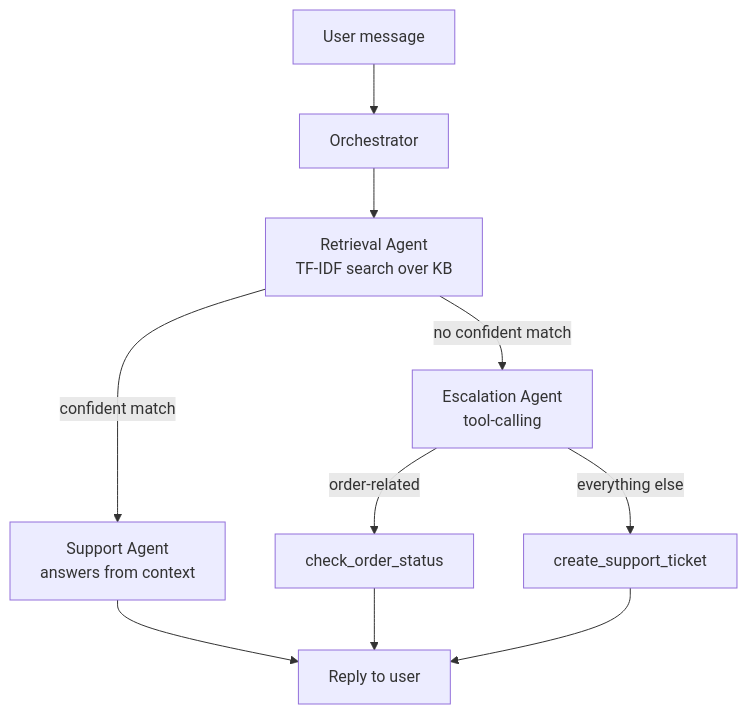
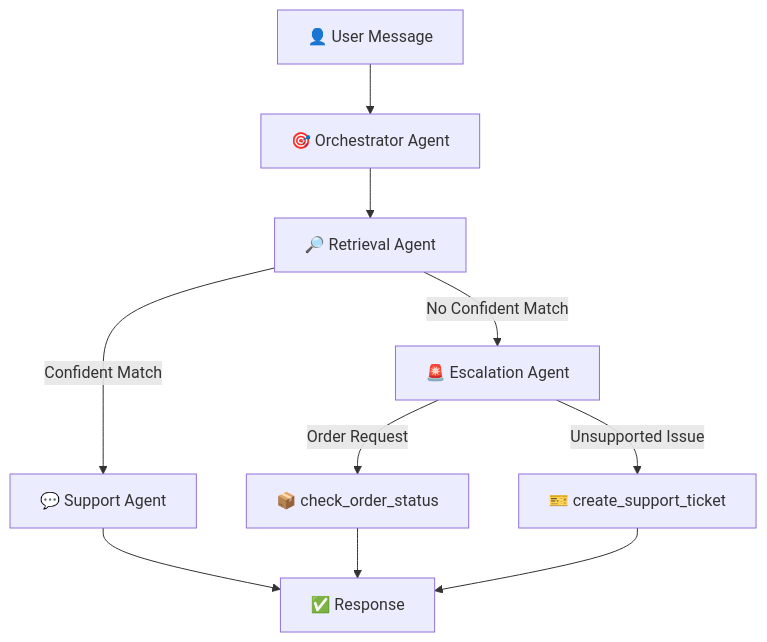
One commit to MOHAMMADSHADULLA/multi-agent-support-bot changed the diagram in README.md. Above: the diagram before and after it, drawn with Mermaid. The commit also changed other lines of this file, not shown here.

````diff
--- a/README.md
+++ b/README.md
@@ -22,12 +41,20 @@
 ```mermaid
 flowchart TD
-    U[User message] --> O[Orchestrator]
-    O --> R[Retrieval Agent<br/>TF-IDF search over KB]
-    R -->|confident match| S[Support Agent<br/>answers from context]
-    R -->|no confident match| E[Escalation Agent<br/>tool-calling]
-    E -->|order-related| T1[check_order_status]
-    E -->|everything else| T2[create_support_ticket]
-    S --> Reply[Reply to user]
-    T1 --> Reply
-    T2 --> Reply
+
+    A[👤 User Message] --> B[🎯 Orchestrator Agent]
+
+    B --> C[🔎 Retrieval Agent]
+
+    C -->|Confident Match| D[💬 Support Agent]
+
+    D --> E[✅ Response]
+
+    C -->|No Confident Match| F[🚨 Escalation Agent]
+
+    F -->|Order Request| G[📦 check_order_status]
+
+    F -->|Unsupported Issue| H[🎫 create_support_ticket]
+
+    G --> E
+    H --> E
 ```
````
